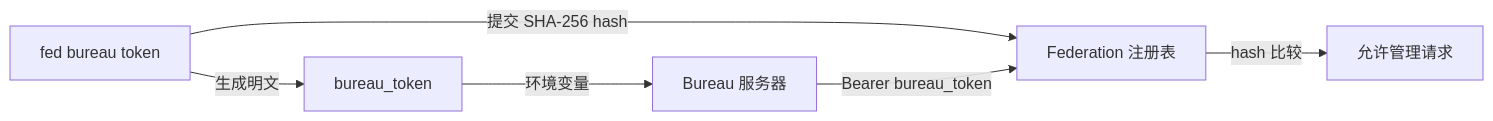
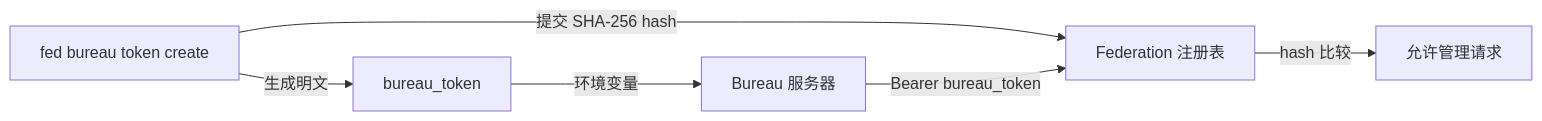
Before and after one commit to genesiscosmos/downcity: the second of 2 diagrams in homepage/content/docs/zh/city/identity.mdx, drawn with Mermaid. The commit also changed other lines of this file and 71 other files, not shown here.

Commit message:
feat(cli): unify env and bureau token management

````diff
--- a/homepage/content/docs/zh/city/identity.mdx
+++ b/homepage/content/docs/zh/city/identity.mdx
@@ -106,8 +107,8 @@
 ```mermaid
 flowchart LR
-    CLI["fed bureau token"] -->|"生成明文"| T["bureau_token"]
+    CLI["fed bureau token create"] -->|"生成明文"| T["bureau_token"]
     CLI -->|"提交 SHA-256 hash"| F["Federation 注册表"]
     T -->|"环境变量"| B["Bureau 服务器"]
     B -->|"Bearer bureau_token"| F
     F -->|"hash 比较"| X["允许管理请求"]
 ```
````
